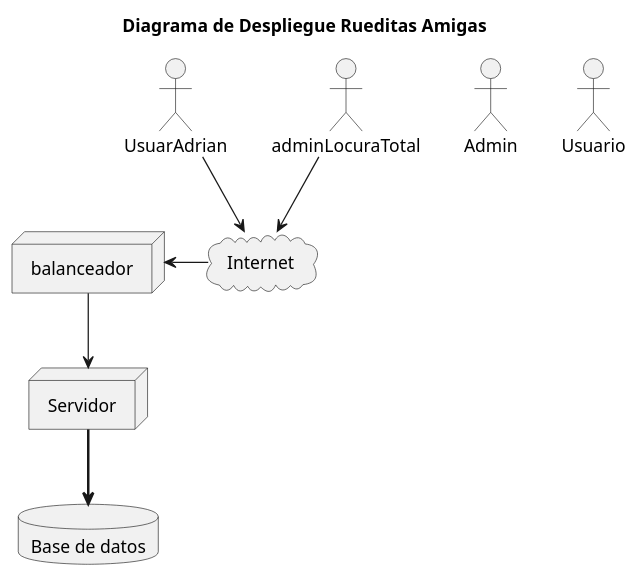
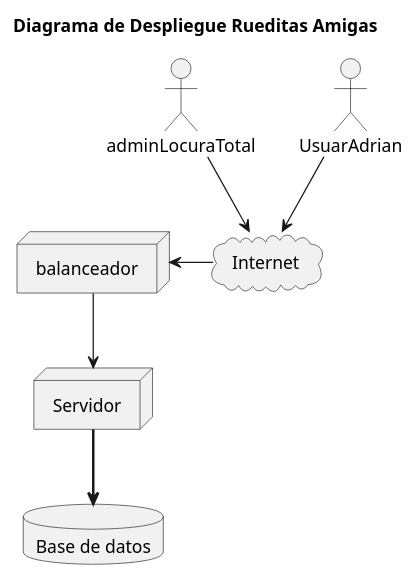
One commit to lrizzitano/RueditasAmigasDespliegue changed the diagram in diagrams/DiagramaDeDespliegue.puml. Above: the diagram before and after it, drawn with PlantUML.

Commit message:
Probando el matcheo de nombres

```diff
--- a/diagrams/DiagramaDeDespliegue.puml
+++ b/diagrams/DiagramaDeDespliegue.puml
@@ -1,25 +1,25 @@
 @startuml
 'https://plantuml.com/deployment-diagram
 
 title Diagrama de Despliegue Rueditas Amigas
 
-actor "Admin"
-actor "Usuario"
+actor "adminLocuraTotal"
+actor "UsuarAdrian"
 
 cloud "Internet"
 
 node "Servidor"
 node "balanceador"
 
 database "Base de datos"
 
 "UsuarAdrian" --> "Internet"
 "adminLocuraTotal" --> "Internet"
 
 "Internet" -l-> "balanceador"
 
 "Servidor" -[bold]-> "Base de datos"
 
 "balanceador" --> "Servidor"
 
 @enduml
```
